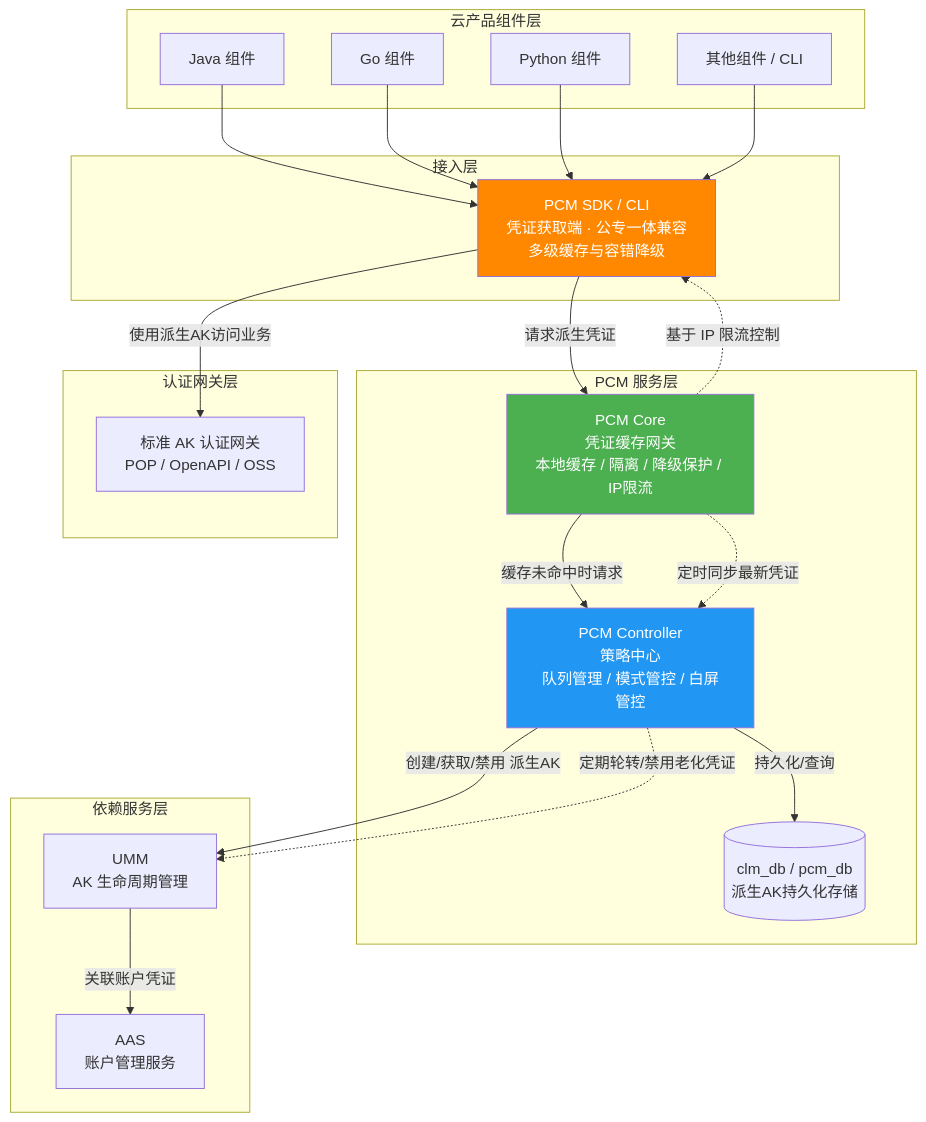
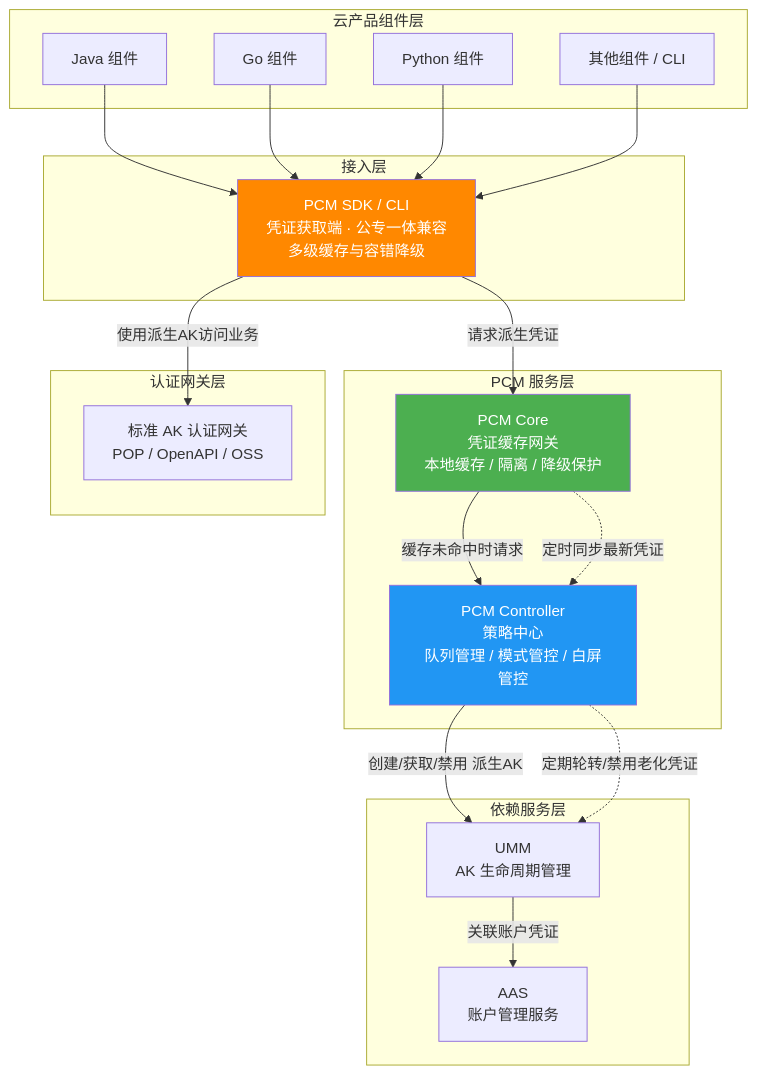
One commit to syj108/knowledge--base changed the first of 3 diagrams in pages/PCM/平台凭证管理服务/产品对外文档/服务介绍.md. Above: the diagram before and after it, drawn with Mermaid. The commit also changed other lines of this file and 12 other files, not shown here.

````diff
--- a/pages/PCM/平台凭证管理服务/产品对外文档/服务介绍.md
+++ b/pages/PCM/平台凭证管理服务/产品对外文档/服务介绍.md
@@ -38,49 +26,46 @@
 ```mermaid
 graph TD
     subgraph 云产品组件层
         App_J[Java 组件]
         App_G[Go 组件]
         App_P[Python 组件]
         App_C[其他组件 / CLI]
     end
 
     subgraph 接入层
         SDK[PCM SDK / CLI<br/>凭证获取端 · 公专一体兼容<br/>多级缓存与容错降级]
     end
 
     subgraph PCM 服务层
-        Core[PCM Core<br/>凭证缓存网关<br/>本地缓存 / 隔离 / 降级保护 / IP限流]
+        Core[PCM Core<br/>凭证缓存网关<br/>本地缓存 / 隔离 / 降级保护]
         Ctrl[PCM Controller<br/>策略中心<br/>队列管理 / 模式管控 / 白屏管控]
-        DB[(clm_db / pcm_db<br/>派生AK持久化存储)]
     end
 
     subgraph 依赖服务层
         UMM[UMM<br/>AK 生命周期管理]
         AAS[AAS<br/>账户管理服务]
     end
 
     subgraph 认证网关层
         GW[标准 AK 认证网关<br/>POP / OpenAPI / OSS]
     end
 
     App_J --> SDK
     App_G --> SDK
     App_P --> SDK
     App_C --> SDK
 
     SDK -->|请求派生凭证| Core
     Core -->|缓存未命中时请求| Ctrl
-    Ctrl -->|持久化/查询| DB
     
     Ctrl -->|创建/获取/禁用 派生AK| UMM
     UMM -->|关联账户凭证| AAS
     
     SDK -->|使用派生AK访问业务| GW
     Core -.->|定时同步最新凭证| Ctrl
     Ctrl -.->|定期轮转/禁用老化凭证| UMM
-    Core -.->|基于 IP 限流控制| SDK
 
     style SDK fill:#ff8800,color:#fff
     style Core fill:#4caf50,color:#fff
     style Ctrl fill:#2196f3,color:#fff
 ```
````
